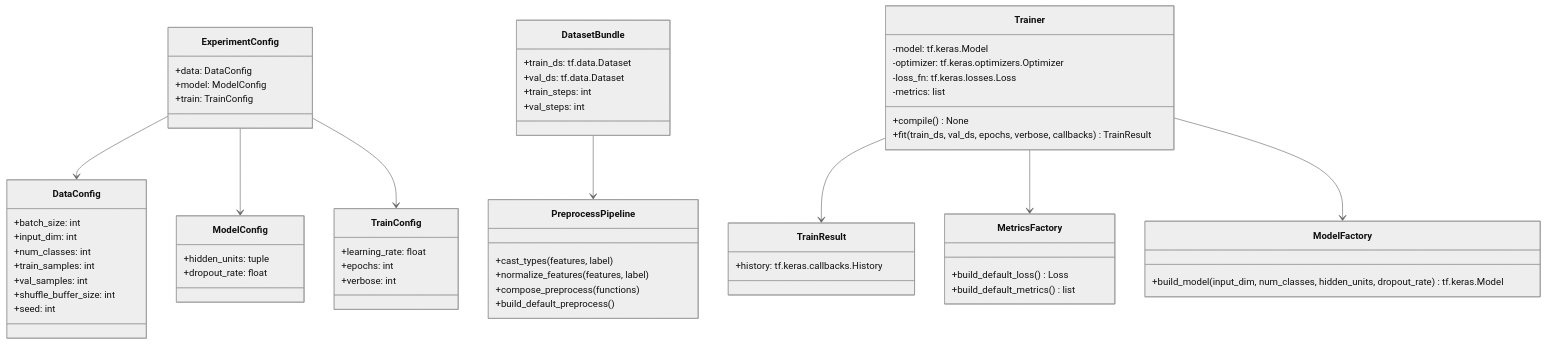
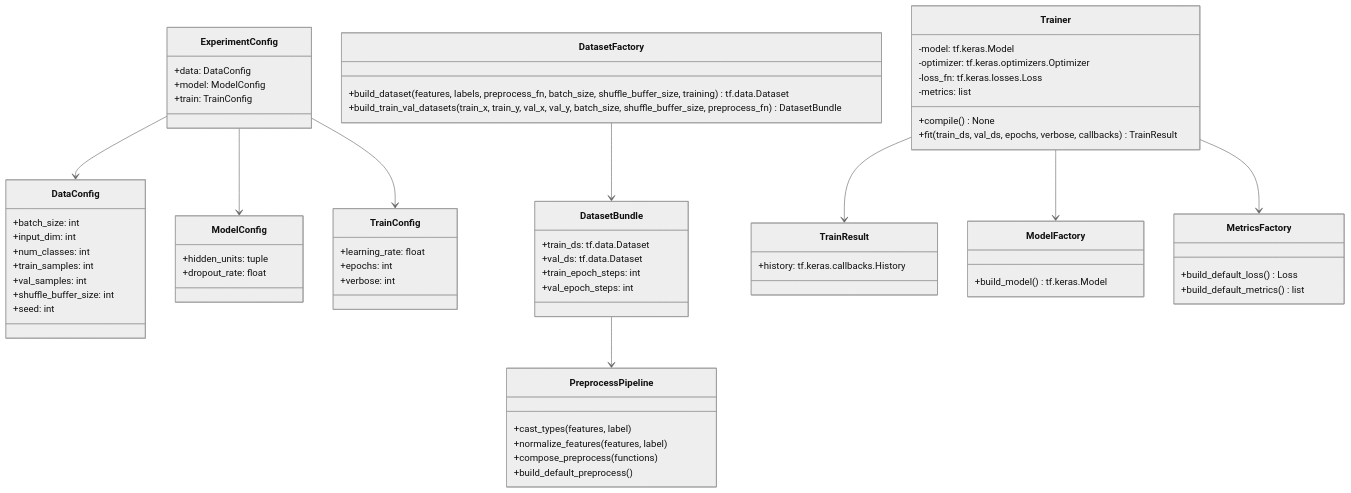
The first of 2 diagrams in docs/class_diagram.md (koretty/nano-hand-onnx), drawn with Mermaid (neutral theme) before and after one commit. The commit also changed other lines of this file and 4 other files, not shown here.

````diff
--- a/docs/class_diagram.md
+++ b/docs/class_diagram.md
@@ -5,73 +5,79 @@
 ```mermaid
 classDiagram
     class DataConfig {
         +batch_size: int
         +input_dim: int
         +num_classes: int
         +train_samples: int
         +val_samples: int
         +shuffle_buffer_size: int
         +seed: int
     }
 
     class ModelConfig {
         +hidden_units: tuple
         +dropout_rate: float
     }
 
     class TrainConfig {
         +learning_rate: float
         +epochs: int
         +verbose: int
     }
 
     class ExperimentConfig {
         +data: DataConfig
         +model: ModelConfig
         +train: TrainConfig
     }
 
     class DatasetBundle {
         +train_ds: tf.data.Dataset
         +val_ds: tf.data.Dataset
-        +train_steps: int
-        +val_steps: int
+        +train_epoch_steps: int
+        +val_epoch_steps: int
+    }
+
+    class DatasetFactory {
+        +build_dataset(features, labels, preprocess_fn, batch_size, shuffle_buffer_size, training) tf.data.Dataset
+        +build_train_val_datasets(train_x, train_y, val_x, val_y, batch_size, shuffle_buffer_size, preprocess_fn) DatasetBundle
     }
 
     class Trainer {
         -model: tf.keras.Model
         -optimizer: tf.keras.optimizers.Optimizer
         -loss_fn: tf.keras.losses.Loss
         -metrics: list
         +compile() None
         +fit(train_ds, val_ds, epochs, verbose, callbacks) TrainResult
     }
 
     class TrainResult {
         +history: tf.keras.callbacks.History
     }
 
     class ModelFactory {
-        +build_model(input_dim, num_classes, hidden_units, dropout_rate) tf.keras.Model
+        +build_model() tf.keras.Model
     }
 
     class MetricsFactory {
         +build_default_loss() Loss
         +build_default_metrics() list
     }
 
     class PreprocessPipeline {
         +cast_types(features, label)
         +normalize_features(features, label)
         +compose_preprocess(functions)
         +build_default_preprocess()
     }
 
     ExperimentConfig --> DataConfig
     ExperimentConfig --> ModelConfig
     ExperimentConfig --> TrainConfig
+    DatasetFactory --> DatasetBundle
     Trainer --> TrainResult
     Trainer --> MetricsFactory
     Trainer --> ModelFactory
     DatasetBundle --> PreprocessPipeline
 ```
````
